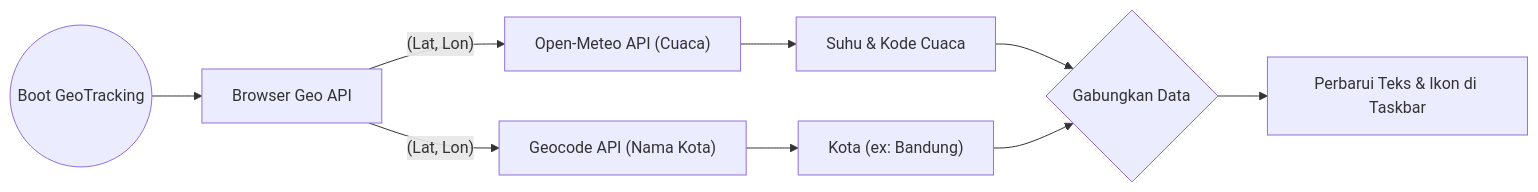
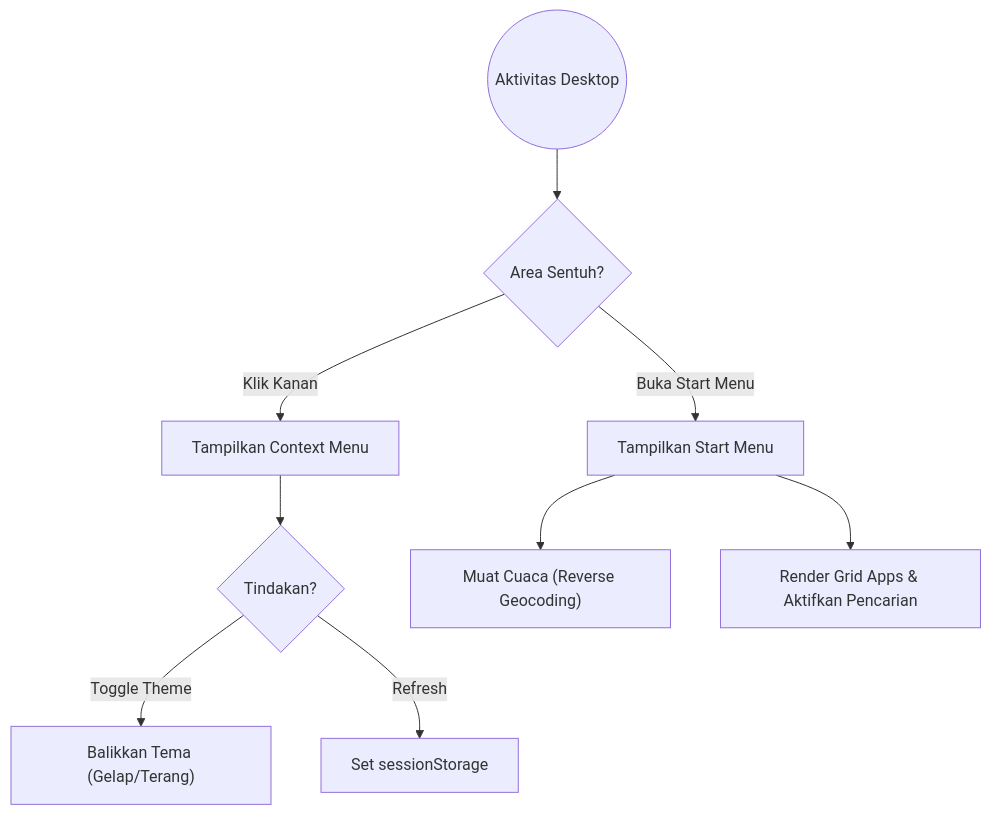
The fifth of 7 diagrams in docs/architecture.md (authntcG/authntcg.github.io), drawn with Mermaid before and after one commit. The commit also changed other lines of this file and 20 other files, not shown here.

````diff
--- a/docs/architecture.md
+++ b/docs/architecture.md
@@ -98,15 +127,12 @@
 ```mermaid
-flowchart LR
-    Start(("Boot GeoTracking")) --> GeoAPI["Browser Geo API"]
+flowchart TD
+    Desktop(("Aktivitas Desktop")) --> Action{Area Sentuh?}
+    Action -- Klik Kanan --> ContextMenu["Tampilkan Context Menu"]
+    ContextMenu --> Action2{Tindakan?}
+    Action2 -- Toggle Theme --> UIManager["Balikkan Tema (Gelap/Terang)"]
+    Action2 -- Refresh --> Session["Set sessionStorage"]
     
-    GeoAPI -- (Lat, Lon) --> OpenMeteo["Open-Meteo API (Cuaca)"]
-    GeoAPI -- (Lat, Lon) --> Nominatim["Geocode API (Nama Kota)"]
-    
-    OpenMeteo --> JSON1["Suhu & Kode Cuaca"]
-    Nominatim --> JSON2["Kota (ex: Bandung)"]
-    
-    JSON1 --> Merge{"Gabungkan Data"}
-    JSON2 --> Merge
-    
-    Merge --> UI["Perbarui Teks & Ikon di Taskbar"]
+    Action -- Buka Start Menu --> StartMenu["Tampilkan Start Menu"]
+    StartMenu --> Widgets["Muat Cuaca (Reverse Geocoding)"]
+    StartMenu --> Apps["Render Grid Apps & Aktifkan Pencarian"]
 ```
````
